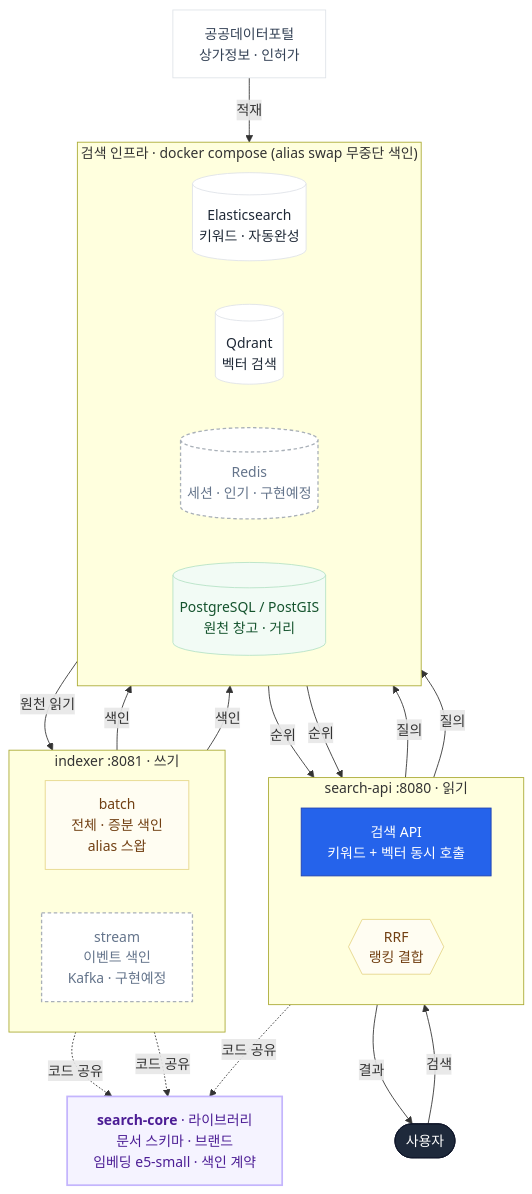
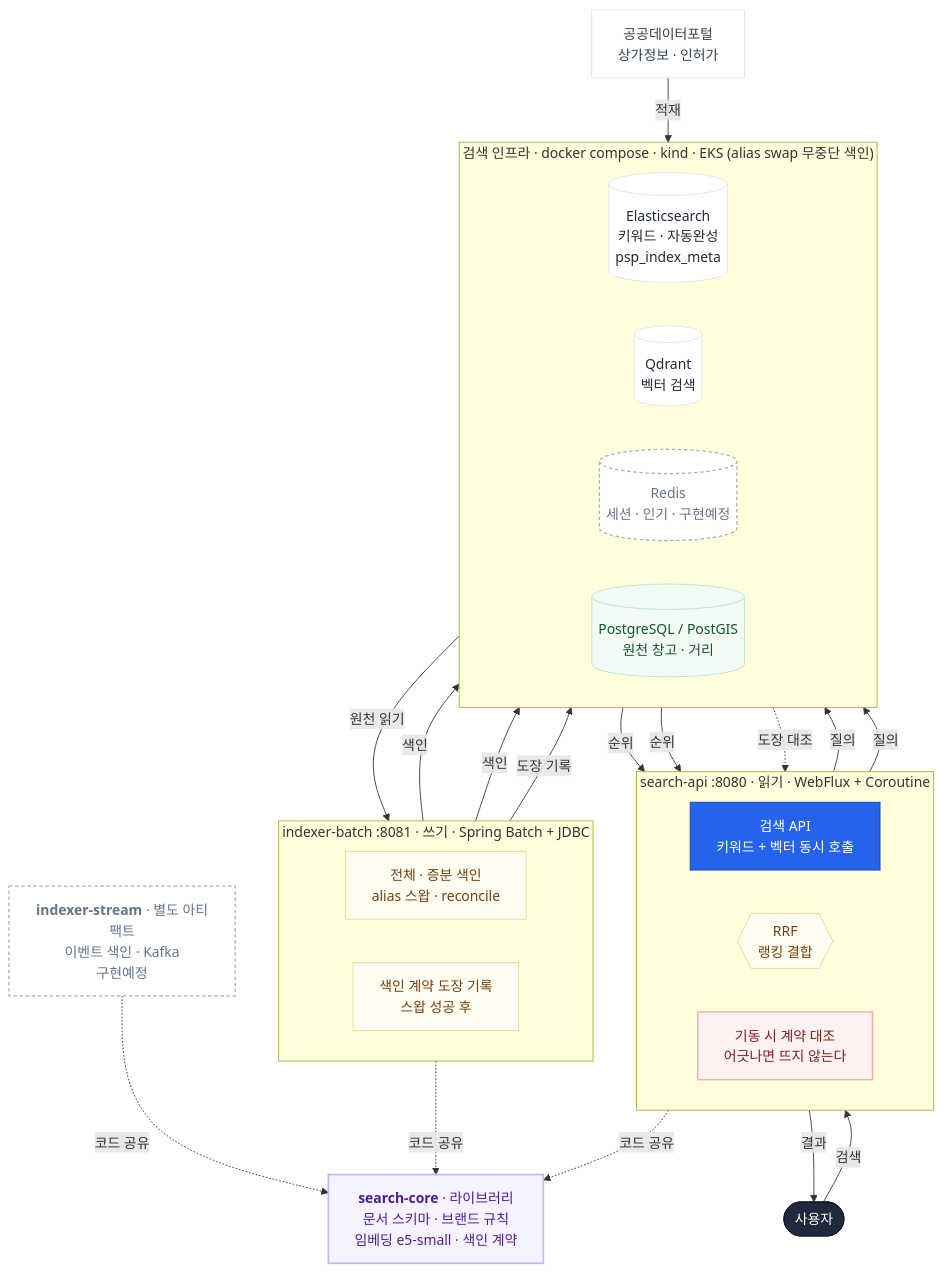
The diagram in docs/diagrams/architecture.mmd (YubinShin/nearby), drawn with Mermaid before and after one commit. The commit also changed 3 other files, not shown here.

First line of the commit message:
docs(diagram): 아키텍처 뷰 정정

```diff
--- a/docs/diagrams/architecture.mmd
+++ b/docs/diagrams/architecture.mmd
@@ -1,56 +1,68 @@
-%% docs/diagrams/architecture.svg 의 **텍스트 원본**.
-%% 실제 이미지는 Claude Design 에서 만들지만, 구조가 무엇인지는 여기 텍스트로 남겨둔다 —
+%% docs/diagrams/architecture.png 의 **텍스트 원본**.
+%% 실제 이미지는 로고를 넣어 따로 디자인하지만, 구조가 무엇인지는 여기 텍스트로 남겨둔다 —
 %% 그림 파일만 있으면 무엇이 왜 그렇게 그려졌는지 diff 로 추적할 수 없다.
+%% 이 파일을 고치면 PNG 도 다시 그려야 한다. 둘이 어긋나면 그림 쪽이 거짓말을 한다.
 flowchart TB
     USER([사용자]):::user
 
-    subgraph SERVE["search-api :8080 · 읽기"]
+    subgraph SERVE["search-api :8080 · 읽기 · WebFlux + Coroutine"]
         direction LR
         API["검색 API<br/>키워드 + 벡터 동시 호출"]:::api
         RRF{{"RRF<br/>랭킹 결합"}}:::logic
+        GUARD["기동 시 계약 대조<br/>어긋나면 뜨지 않는다"]:::guard
     end
 
-    CORE["<b>search-core</b> · 라이브러리<br/>문서 스키마 · 브랜드<br/>임베딩 e5-small · 색인 계약"]:::core
+    CORE["<b>search-core</b> · 라이브러리<br/>문서 스키마 · 브랜드 규칙<br/>임베딩 e5-small · 색인 계약"]:::core
 
-    subgraph INGEST["indexer :8081 · 쓰기"]
+    %% 색인기는 **별도 아티팩트**다 (ADR 0011). 한 상자에 묶으면 런타임 플래그로 나눈 것처럼
+    %% 보이는데, 그게 정확히 이 프로젝트가 그만둔 방식이다. 그래서 서로 다른 최상위 노드로 둔다.
+    subgraph WRITE["indexer-batch :8081 · 쓰기 · Spring Batch + JDBC"]
         direction LR
-        BATCH["batch<br/>전체 · 증분 색인<br/>alias 스왑"]:::logic
-        STREAM["stream<br/>이벤트 색인<br/>Kafka · 구현예정"]:::planned
+        BATCH["전체 · 증분 색인<br/>alias 스왑 · reconcile"]:::logic
+        STAMP["색인 계약 도장 기록<br/>스왑 성공 후"]:::logic
     end
 
-    subgraph ENGINES["검색 인프라 · docker compose &lpar;alias swap 무중단 색인&rpar;"]
+    STREAM["<b>indexer-stream</b> · 별도 아티팩트<br/>이벤트 색인 · Kafka<br/>구현예정"]:::planned
+
+    subgraph ENGINES["검색 인프라 · docker compose · kind · EKS &lpar;alias swap 무중단 색인&rpar;"]
         direction LR
-        ES[("Elasticsearch<br/>키워드 · 자동완성")]:::engine
+        ES[("Elasticsearch<br/>키워드 · 자동완성<br/>psp_index_meta")]:::engine
         QD[("Qdrant<br/>벡터 검색")]:::engine
         RD[("Redis<br/>세션 · 인기 · 구현예정")]:::planned
         PG[("PostgreSQL / PostGIS<br/>원천 창고 · 거리")]:::store
     end
 
     SRC["공공데이터포털<br/>상가정보 · 인허가"]:::src
 
-    %% 코드 공유 — 런타임 호출이 아니라 같은 코드가 두 아티팩트에 들어간다.
+    %% 코드 공유 — 런타임 호출이 아니라 같은 코드가 세 아티팩트에 들어간다.
     %% 실선으로 그리면 그림이 거짓말을 한다.
     API -. 코드 공유 .-> CORE
     BATCH -. 코드 공유 .-> CORE
     STREAM -. 코드 공유 .-> CORE
 
     USER -->|검색| API
     RRF -->|결과| USER
     API -->|질의| ES
     API -->|질의| QD
     ES -->|순위| RRF
     QD -->|순위| RRF
 
+    SRC -->|적재| PG
     PG -->|원천 읽기| BATCH
     BATCH -->|색인| ES
     BATCH -->|색인| QD
-    SRC -->|적재| PG
+
+    %% 모듈을 쪼개면서 잃은 보호를 런타임에 되찾는 경로 (ADR 0011).
+    %% 색인기가 찍고 질의기가 기동 시 대조한다 — 어긋나면 조용히 틀리는 대신 시끄럽게 실패한다.
+    STAMP -->|도장 기록| ES
+    ES -. 도장 대조 .-> GUARD
 
     classDef user fill:#1e293b,color:#ffffff,stroke:#0f172a,stroke-width:1px;
     classDef api fill:#2563eb,color:#ffffff,stroke:#1e40af,stroke-width:1px;
     classDef core fill:#f5f3ff,color:#4c1d95,stroke:#c4b5fd,stroke-width:2px;
     classDef engine fill:#ffffff,color:#1f2937,stroke:#dfe3e8,stroke-width:1px;
     classDef store fill:#f2fbf5,color:#14532d,stroke:#b6e3c6,stroke-width:1px;
     classDef logic fill:#fffdf2,color:#713f12,stroke:#e6d68a,stroke-width:1px;
+    classDef guard fill:#fef2f2,color:#7f1d1d,stroke:#fca5a5,stroke-width:1.5px;
     classDef src fill:#ffffff,color:#334155,stroke:#dfe3e8,stroke-width:1px;
     classDef planned fill:#ffffff,color:#64748b,stroke:#a9b0b8,stroke-width:1.5px,stroke-dasharray:4 3;
```
